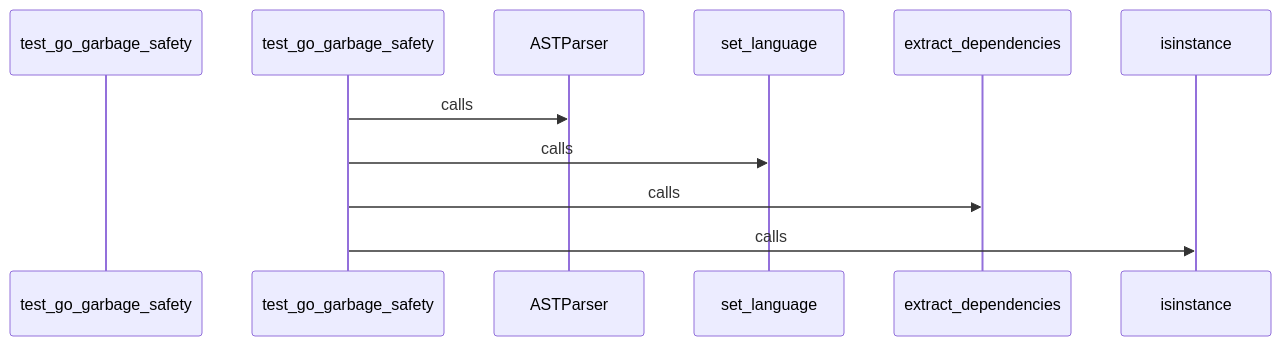
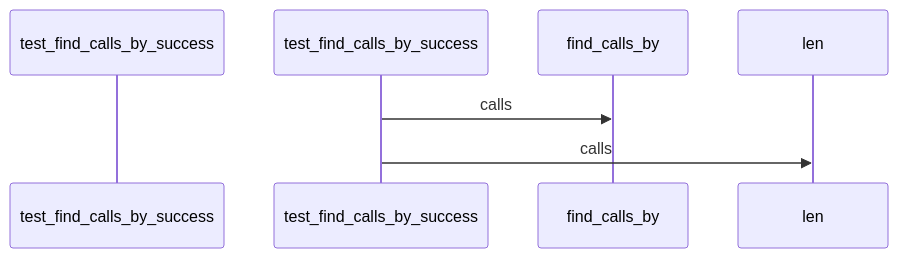
One commit to hazalkoom/DECODEx01 changed diagram 25 of 27 in docs/CALL_FLOW.md. Above: the diagram before and after it, drawn with Mermaid. The commit also changed other lines of this file and 8 other files, not shown here.

````diff
--- a/docs/CALL_FLOW.md
+++ b/docs/CALL_FLOW.md
@@ -1075,21 +957,13 @@
 ```mermaid
 sequenceDiagram
-    participant Start as test_go_garbage_safety
+    participant Start as test_find_calls_by_success
 
 
-    test_go_garbage_safety->>ASTParser: calls
+    test_find_calls_by_success->>find_calls_by: calls
 
 
 
-    test_go_garbage_safety->>set_language: calls
-
-
-
-    test_go_garbage_safety->>extract_dependencies: calls
-
-
-
-    test_go_garbage_safety->>isinstance: calls
+    test_find_calls_by_success->>len: calls
 
 
 ```
````
